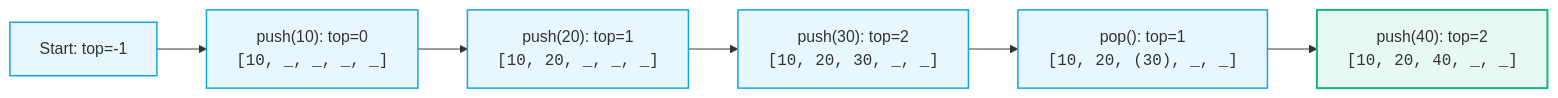
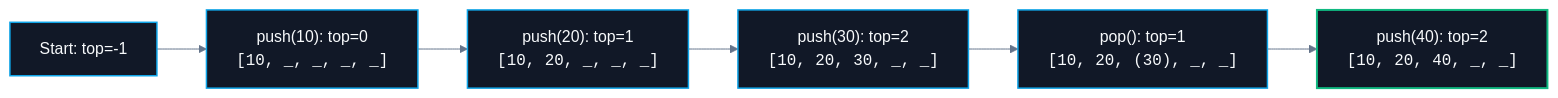
One commit to abhinavbharti2345/CS_Notes changed the fifth of 5 diagrams in CS/DSA/06. Stacks & Queues/01. Stack Fundamentals.md. Above: the diagram before and after it, drawn with Mermaid. The commit also changed other lines of this file and 195 other files, not shown here.

````diff
--- a/CS/DSA/06. Stacks & Queues/01. Stack Fundamentals.md
+++ b/CS/DSA/06. Stacks & Queues/01. Stack Fundamentals.md
@@ -250,13 +254,14 @@
 ```mermaid
+%%{init: {'theme': 'base', 'themeVariables': { 'darkMode': true, 'background': '#0B0F14', 'mainBkg': '#111827', 'primaryColor': '#111827', 'primaryTextColor': '#F8FAFC', 'primaryBorderColor': '#38BDF8', 'lineColor': '#64748B', 'secondaryColor': '#0B0F14', 'tertiaryColor': '#0B0F14', 'clusterBkg': '#0B0F14', 'clusterBorder': '#38BDF8' }}}%%
 flowchart LR
     S0["Start: top=-1"] --> S1["push(10): top=0<br/><code>[10, _, _, _, _]</code>"]
     S1 --> S2["push(20): top=1<br/><code>[10, 20, _, _, _]</code>"]
     S2 --> S3["push(30): top=2<br/><code>[10, 20, 30, _, _]</code>"]
     S3 --> S4["pop(): top=1<br/><code>[10, 20, (30), _, _]</code>"]
     S4 --> S5["push(40): top=2<br/><code>[10, 20, 40, _, _]</code>"]
 
-    classDef step fill:#0ea5e918,stroke:#0ea5e9,stroke-width:1.5px;
-    classDef final fill:#10b98118,stroke:#10b981,stroke-width:2px;
+    classDef step fill:#111827,stroke:#0ea5e9,stroke-width:1.5px,color:#F8FAFC;
+    classDef final fill:#111827,stroke:#10b981,stroke-width:2px,color:#F8FAFC;
     class S0,S1,S2,S3,S4 step;
     class S5 final;
 ```
````
